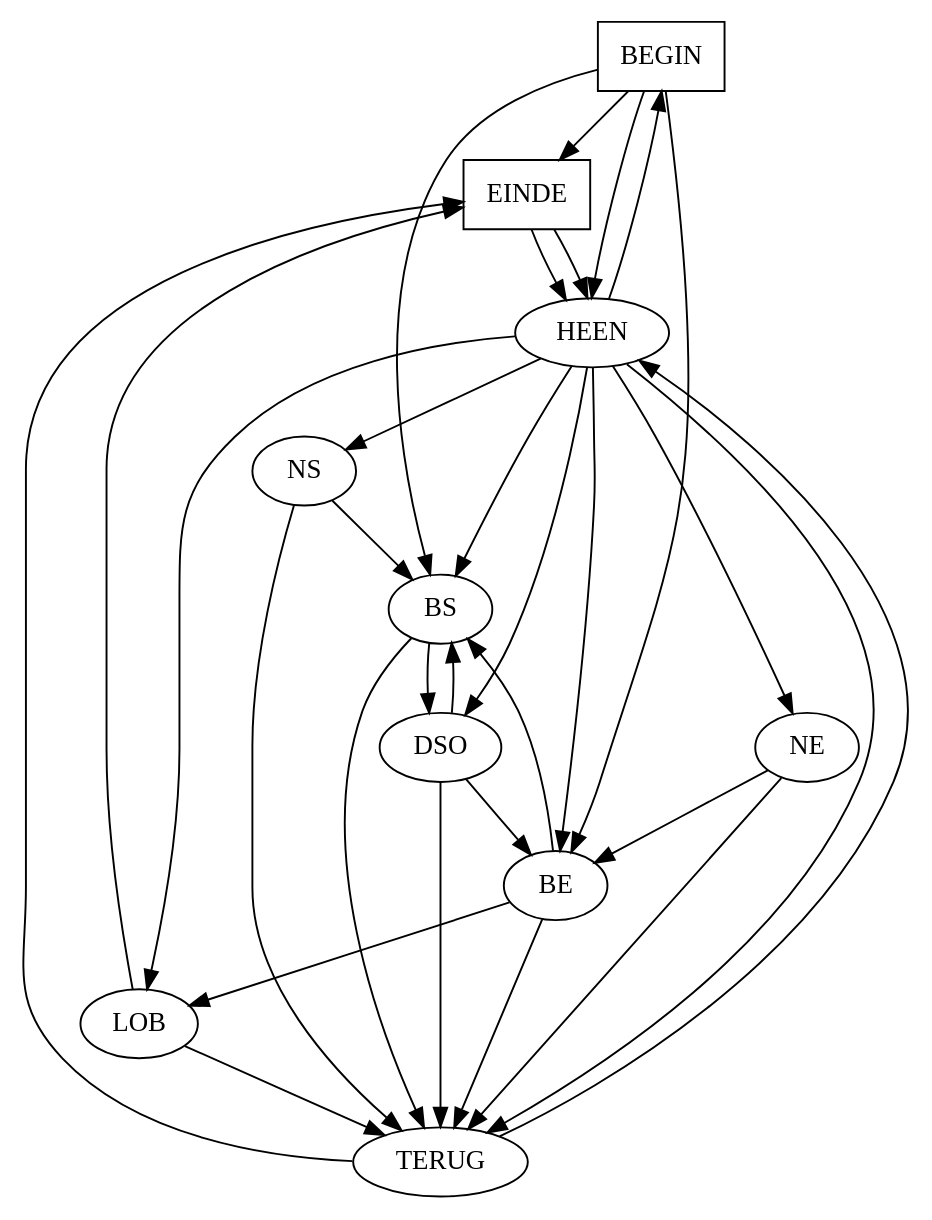
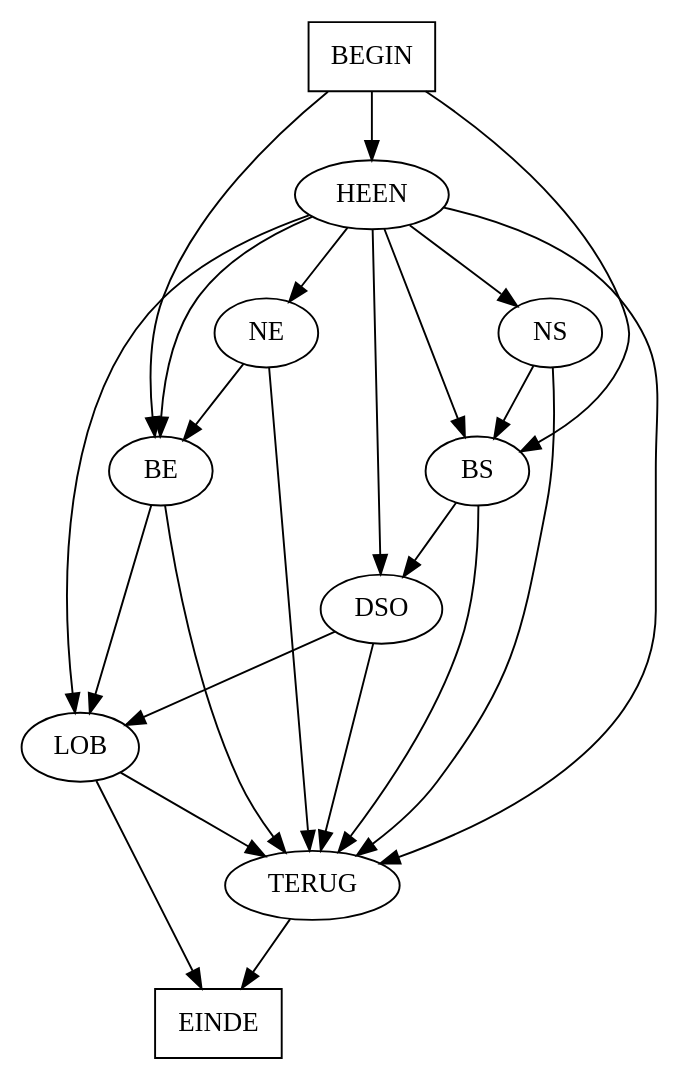
Before and after one commit to NorfairKing/ai_alternative-exam: the diagram in resources/graphs/strips_2.dot, drawn with Graphviz. The commit also changed 4 other files, not shown here.

```diff
--- a/resources/graphs/strips_2.dot
+++ b/resources/graphs/strips_2.dot
@@ -1,58 +1,64 @@
 digraph STRIPS_2 {
 node [shape = box];
 BEGIN;
 EINDE;
 
 node [shape = ellipse];
 HEEN;
 TERUG;
 NS;
 NE;
 BS;
 BE;
 DSO;
 LOB;
 
-BEGIN -> EINDE;
+
+//edge;
+
+//BEGIN
 BEGIN -> HEEN;
-BEGIN -> BE;
 BEGIN -> BS;
+BEGIN -> BE
 
-HEEN -> BEGIN; //LOOP
-EINDE -> HEEN; //LOOP
-HEEN -> TERUG
-EINDE -> HEEN; //LOOP
+//HEEN
+HEEN -> TERUG;
 HEEN -> NS;
 HEEN -> NE;
 HEEN -> BS;
 HEEN -> BE;
 HEEN -> DSO;
-HEEN -> LOB
+HEEN -> LOB;
 
-TERUG -> EINDE
-TERUG -> HEEN; //LOOP?
+//TERUG
+TERUG -> EINDE;
 NS -> TERUG;
-NE -> TERUG
+NE -> TERUG;
 BS -> TERUG;
 BE -> TERUG;
 DSO -> TERUG;
-LOB -> TERUG
+LOB -> TERUG;
 
+//NS
 NS -> BS;
 
+//NE
 NE -> BE;
 
+//BS
 BS -> DSO;
-BE -> BS;
 
+//BE
 BE -> LOB;
 
-DSO -> BS;
-DSO -> BE;
+//DSO
+DSO -> LOB;
 
+//LOB
 LOB -> EINDE;
 
-overlap=false
+//EINDE
 
 
+overlap=false
 }
```
